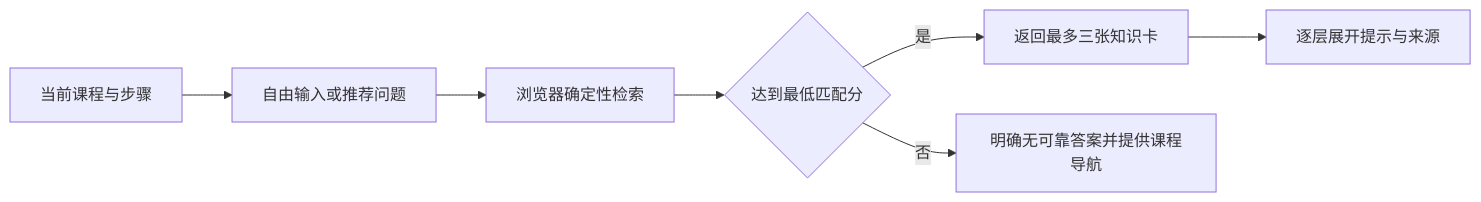
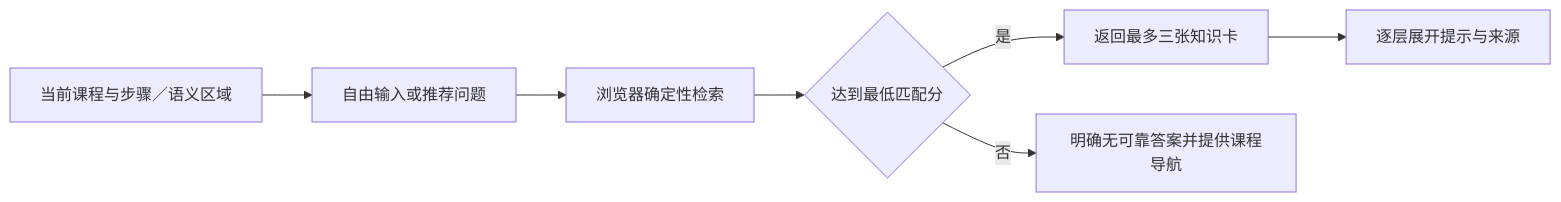
The first of 4 diagrams in docs/03_architecture.md (cafelemon/become_engineer), drawn with Mermaid before and after one commit. The commit also changed other lines of this file and 58 other files, not shown here.

````diff
--- a/docs/03_architecture.md
+++ b/docs/03_architecture.md
@@ -179,9 +182,9 @@
 ```mermaid
 flowchart LR
-    A["当前课程与步骤"] --> B["自由输入或推荐问题"]
+    A["当前课程与步骤／语义区域"] --> B["自由输入或推荐问题"]
     B --> C["浏览器确定性检索"]
     C --> D{"达到最低匹配分"}
     D -- "是" --> E["返回最多三张知识卡"]
     E --> F["逐层展开提示与来源"]
     D -- "否" --> G["明确无可靠答案并提供课程导航"]
 ```
````
